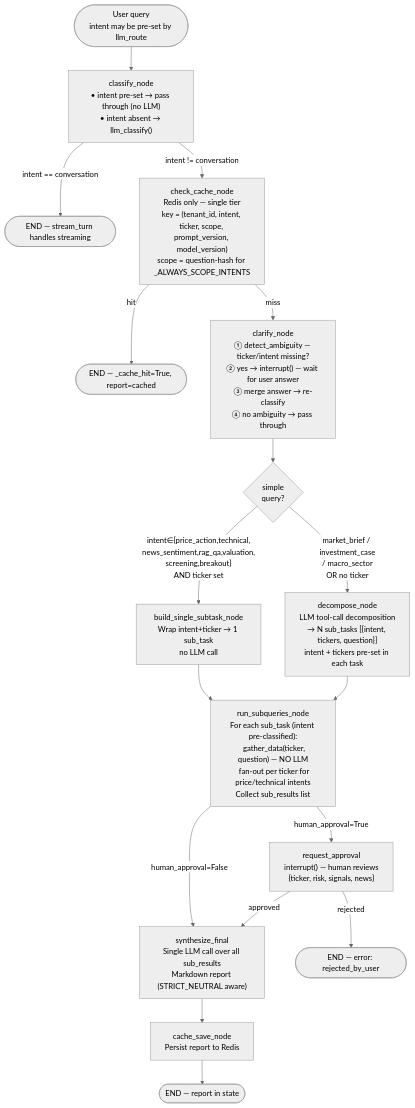
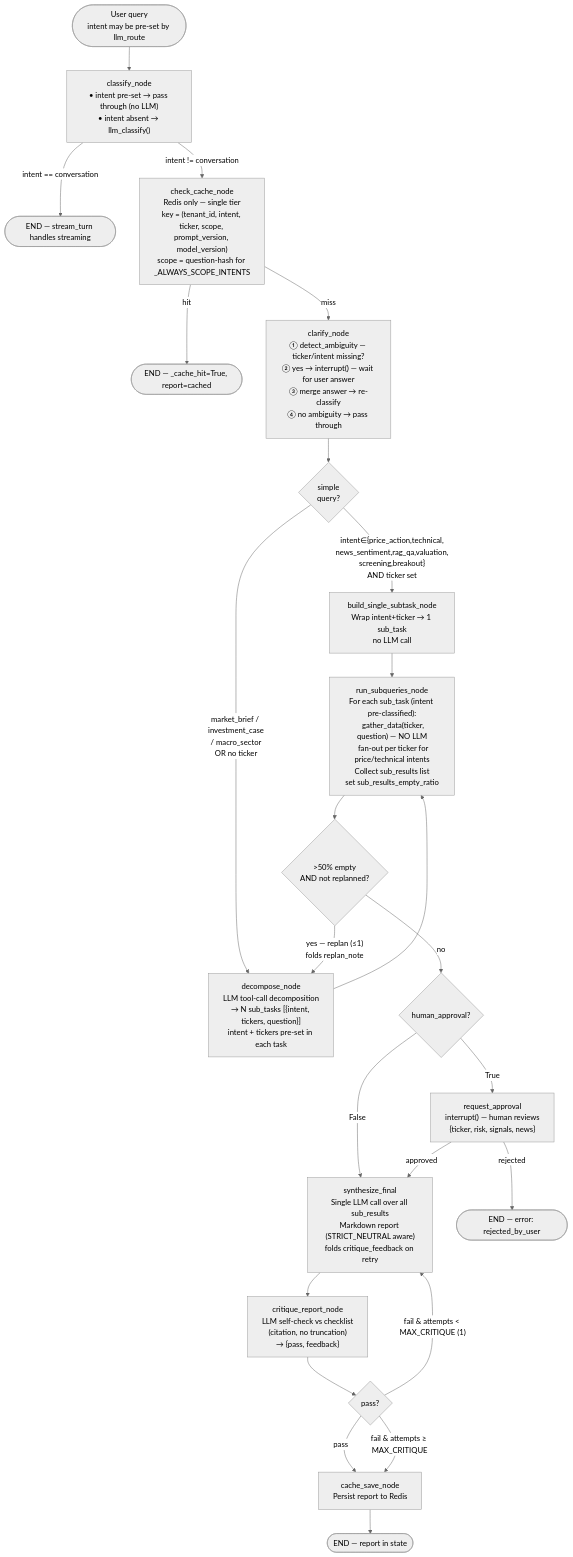
The second of 2 diagrams in docs/graph-flow.md (daominh6879/vn-market-analysis-agent), drawn with Mermaid (neutral theme) before and after one commit. The commit also changed other lines of this file and 4 other files, not shown here.

First line of the commit message:
feat(agent): bounded self-critique + re-plan loops, multi-ticker fan-out

````diff
--- a/docs/graph-flow.md
+++ b/docs/graph-flow.md
@@ -42,38 +42,50 @@
 ```mermaid
 flowchart TD
     IN([User query\nintent may be pre-set by llm_route]) --> classify_node
 
     classify_node["classify_node\n• intent pre-set → pass through (no LLM)\n• intent absent → llm_classify()"]
 
     classify_node -->|intent == conversation| END0([END — stream_turn handles streaming])
     classify_node -->|intent != conversation| check_cache_node
 
     check_cache_node["check_cache_node\nRedis only — single tier\nkey = (tenant_id, intent, ticker, scope, prompt_version, model_version)\nscope = question-hash for _ALWAYS_SCOPE_INTENTS"]
     check_cache_node -->|hit| END2([END — _cache_hit=True, report=cached])
     check_cache_node -->|miss| clarify_node
 
     clarify_node["clarify_node\n① detect_ambiguity — ticker/intent missing?\n② yes → interrupt() — wait for user answer\n③ merge answer → re-classify\n④ no ambiguity → pass through"]
     clarify_node --> route_check{simple\nquery?}
 
     route_check -->|"intent∈{price_action,technical,\nnews_sentiment,rag_qa,valuation,\nscreening,breakout}\nAND ticker set"| fast_node["build_single_subtask_node\nWrap intent+ticker → 1 sub_task\nno LLM call"]
     route_check -->|"market_brief / investment_case\n/ macro_sector\nOR no ticker"| decompose_node
 
     fast_node --> run_subqueries_node
 
     decompose_node["decompose_node\nLLM tool-call decomposition\n→ N sub_tasks [{intent, tickers, question}]\nintent + tickers pre-set in each task"]
     decompose_node --> run_subqueries_node
 
-    run_subqueries_node["run_subqueries_node\nFor each sub_task (intent pre-classified):\n  gather_data(ticker, question) — NO LLM\n  fan-out per ticker for price/technical intents\nCollect sub_results list"]
-    run_subqueries_node -->|human_approval=False| synthesize_final
-    run_subqueries_node -->|human_approval=True| request_approval
+    run_subqueries_node["run_subqueries_node\nFor each sub_task (intent pre-classified):\n  gather_data(ticker, question) — NO LLM\n  fan-out per ticker for price/technical intents\nCollect sub_results list\nset sub_results_empty_ratio"]
+    run_subqueries_node --> replan_check{">50% empty\nAND not replanned?"}
+
+    replan_check -->|"yes — replan (≤1)\nfolds replan_note"| decompose_node
+    replan_check -->|no| approval_check{human_approval?}
+
+    approval_check -->|True| request_approval
+    approval_check -->|False| synthesize_final
 
     request_approval["request_approval\ninterrupt() — human reviews\n{ticker, risk, signals, news}"]
     request_approval -->|approved| synthesize_final
     request_approval -->|rejected| END3([END — error: rejected_by_user])
 
-    synthesize_final["synthesize_final\nSingle LLM call over all sub_results\nMarkdown report (STRICT_NEUTRAL aware)"]
-    synthesize_final --> cache_save_node
+    synthesize_final["synthesize_final\nSingle LLM call over all sub_results\nMarkdown report (STRICT_NEUTRAL aware)\nfolds critique_feedback on retry"]
+    synthesize_final --> critique_report_node
+
+    critique_report_node["critique_report_node\nLLM self-check vs checklist\n(citation, no truncation)\n→ {pass, feedback}"]
+    critique_report_node --> critique_check{pass?}
+
+    critique_check -->|"pass"| cache_save_node
+    critique_check -->|"fail & attempts < MAX_CRITIQUE (1)"| synthesize_final
+    critique_check -->|"fail & attempts ≥ MAX_CRITIQUE"| cache_save_node
 
     cache_save_node["cache_save_node\nPersist report to Redis"]
     cache_save_node --> END4([END — report in state])
 ```
````
